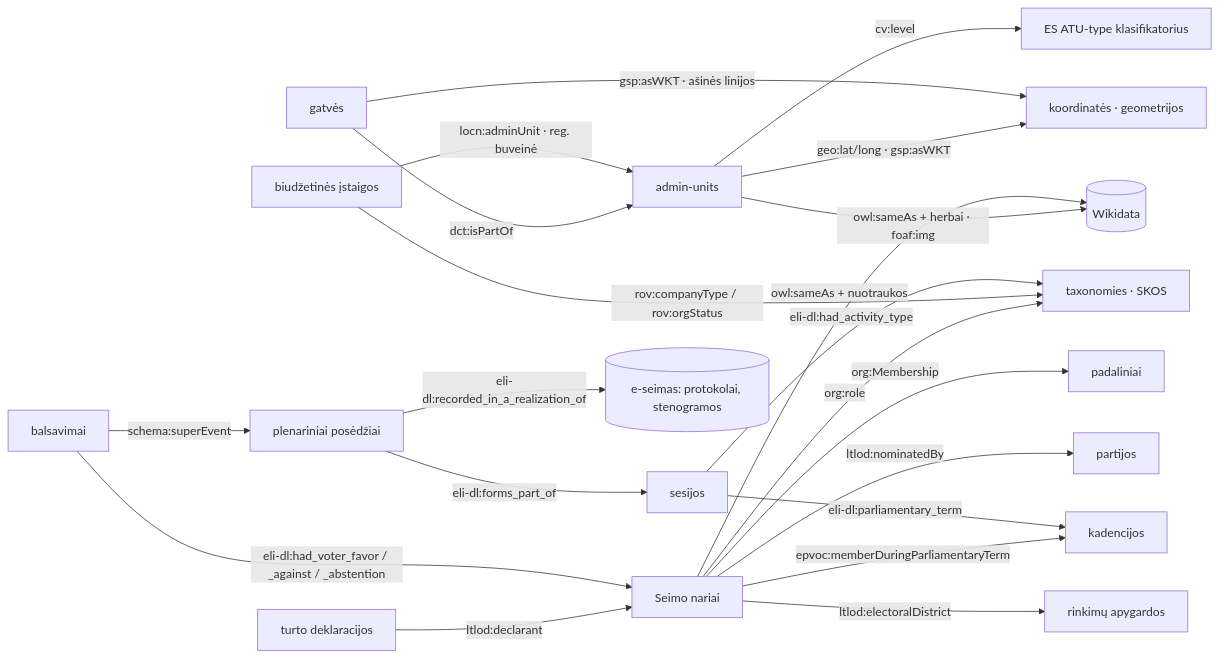
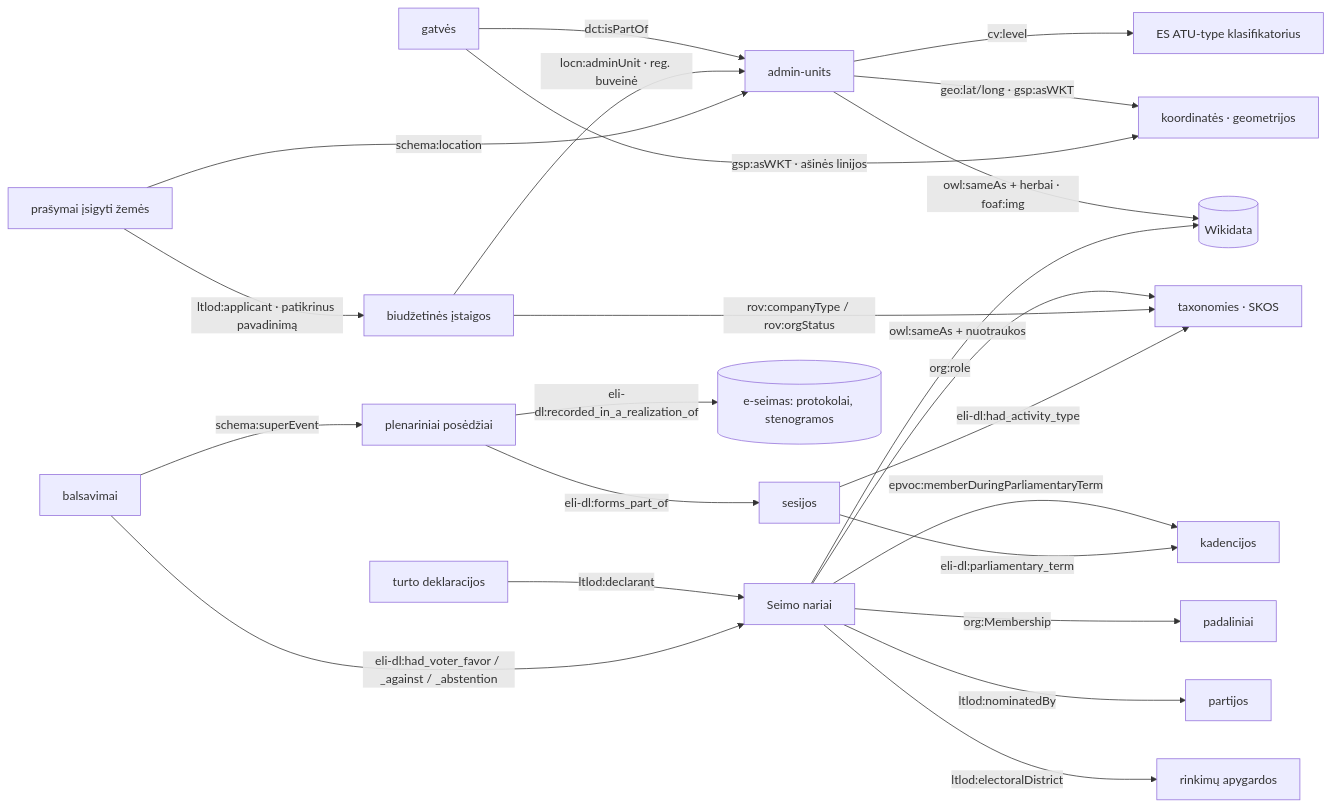
One commit to AtomGraph/LTLOD changed the second of 3 diagrams in README.md. Above: the diagram before and after it, drawn with Mermaid. The commit also changed other lines of this file and 34 other files, not shown here.

````diff
--- a/README.md
+++ b/README.md
@@ -94,23 +95,25 @@
 ```mermaid
 graph LR
     streets[gatvės] -->|dct:isPartOf| admin[admin-units]
     legal[biudžetinės įstaigos] -->|locn:adminUnit · reg. buveinė| admin
     seimas[Seimo nariai] -->|org:Membership| units[padaliniai]
     seimas -->|ltlod:nominatedBy| parties[partijos]
     seimas -->|ltlod:electoralDistrict| districts[rinkimų apygardos]
     seimas -->|org:role| tax[taxonomies · SKOS]
     legal -->|rov:companyType / rov:orgStatus| tax
     admin -->|cv:level| atu[ES ATU-type klasifikatorius]
     admin -->|geo:lat/long · gsp:asWKT| geo[koordinatės · geometrijos]
     streets -->|gsp:asWKT · ašinės linijos| geo
     admin -->|owl:sameAs + herbai · foaf:img| wd[(Wikidata)]
     seimas -->|owl:sameAs + nuotraukos| wd
     seimas -->|epvoc:memberDuringParliamentaryTerm| terms[kadencijos]
     declarations[turto deklaracijos] -->|ltlod:declarant| seimas
+    land[prašymai įsigyti žemės] -->|ltlod:applicant · patikrinus pavadinimą| legal
+    land -->|schema:location| admin
     sittings[plenariniai posėdžiai] -->|eli-dl:forms_part_of| sessions[sesijos]
     sessions -->|eli-dl:parliamentary_term| terms
     sessions -->|eli-dl:had_activity_type| tax
     sittings -->|eli-dl:recorded_in_a_realization_of| eseimas[(e-seimas: protokolai, stenogramos)]
     votes[balsavimai] -->|schema:superEvent| sittings
     votes -->|eli-dl:had_voter_favor / _against / _abstention| seimas
 ```
````
